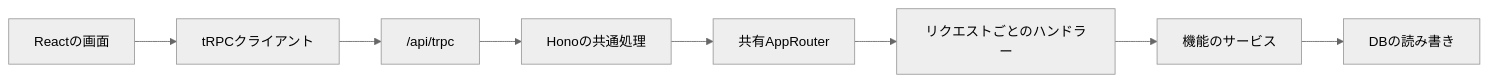
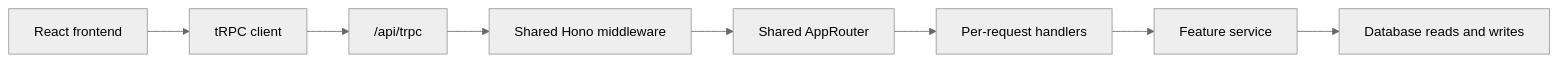
One commit to yukiharada1228/videoq changed the diagram in docs/architecture/trpc-api.md. Above: the diagram before and after it, drawn with Mermaid (neutral theme). The commit also changed other lines of this file and 79 other files, not shown here.

````diff
--- a/docs/architecture/trpc-api.md
+++ b/docs/architecture/trpc-api.md
@@ -15,10 +15,10 @@
 ```mermaid
 flowchart LR
-    React[Reactの画面] --> Client[tRPCクライアント]
+    React[React frontend] --> Client[tRPC client]
     Client --> Endpoint["/api/trpc"]
-    Endpoint --> Hono[Honoの共通処理]
-    Hono --> Router[共有AppRouter]
-    Router --> Adapter[リクエストごとのハンドラー]
-    Adapter --> Service[機能のサービス]
-    Service --> Repository[DBの読み書き]
+    Endpoint --> Hono[Shared Hono middleware]
+    Hono --> Router[Shared AppRouter]
+    Router --> Adapter[Per-request handlers]
+    Adapter --> Service[Feature service]
+    Service --> Repository[Database reads and writes]
 ```
````
